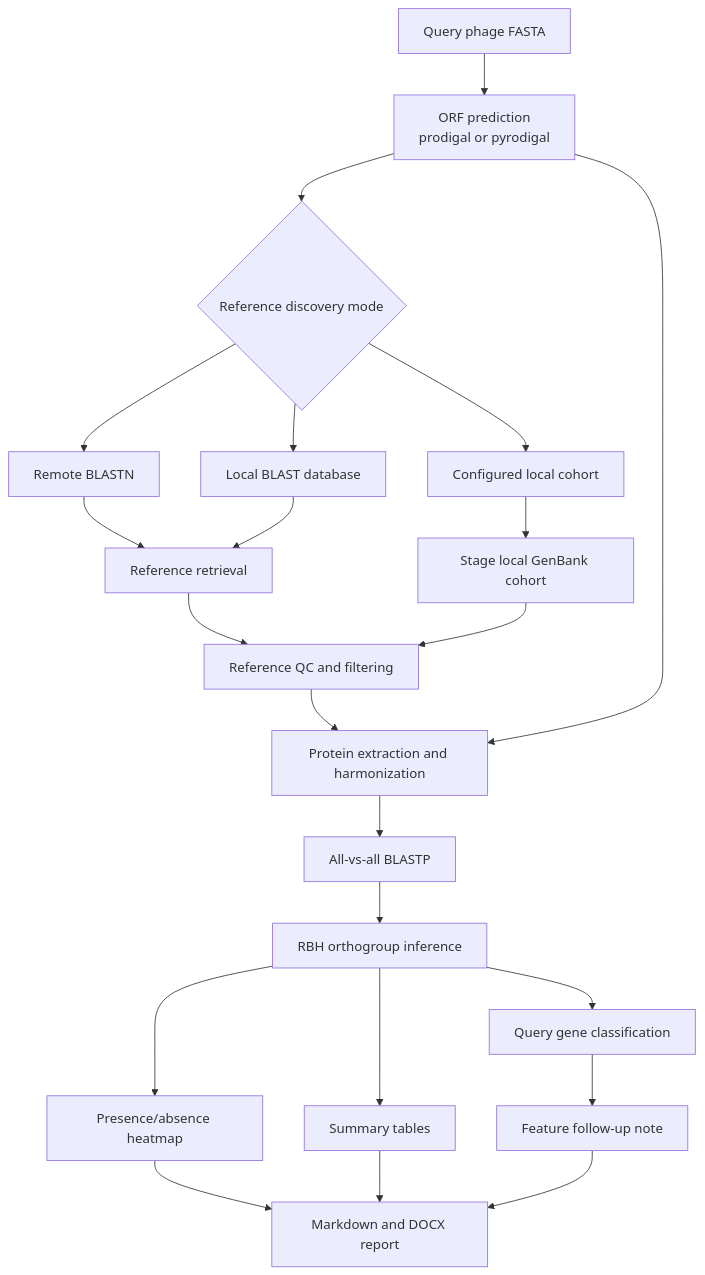
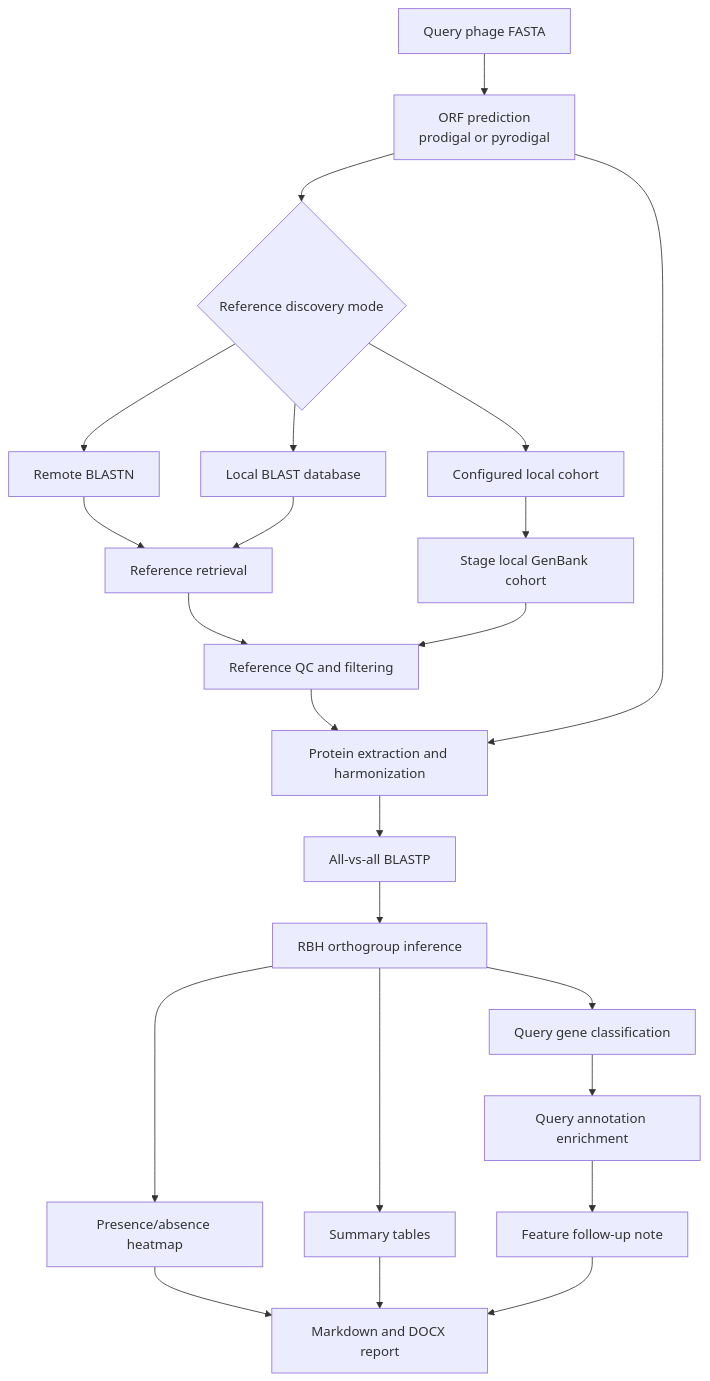
One commit to Tasnimul-Arabi-Anik/phage-pangenome-pipeline changed the diagram in docs/workflow_overview.md. Above: the diagram before and after it, drawn with Mermaid. The commit also changed other lines of this file and 8 other files, not shown here.

Commit message:
Add annotation enrichment for FASTA-only runs

````diff
--- a/docs/workflow_overview.md
+++ b/docs/workflow_overview.md
@@ -5,24 +5,25 @@
 ```mermaid
 flowchart TD
     A[Query phage FASTA] --> B[ORF prediction<br/>prodigal or pyrodigal]
     B --> C{Reference discovery mode}
     C --> D[Remote BLASTN]
     C --> E[Local BLAST database]
     C --> F[Configured local cohort]
     D --> G[Reference retrieval]
     E --> G
     F --> H[Stage local GenBank cohort]
     G --> I[Reference QC and filtering]
     H --> I
     I --> J[Protein extraction and harmonization]
     B --> J
     J --> K[All-vs-all BLASTP]
     K --> L[RBH orthogroup inference]
     L --> M[Query gene classification]
+    M --> R[Query annotation enrichment]
     L --> N[Presence/absence heatmap]
     L --> O[Summary tables]
-    M --> P[Feature follow-up note]
+    R --> P[Feature follow-up note]
     N --> Q[Markdown and DOCX report]
     O --> Q
     P --> Q
 ```
````
